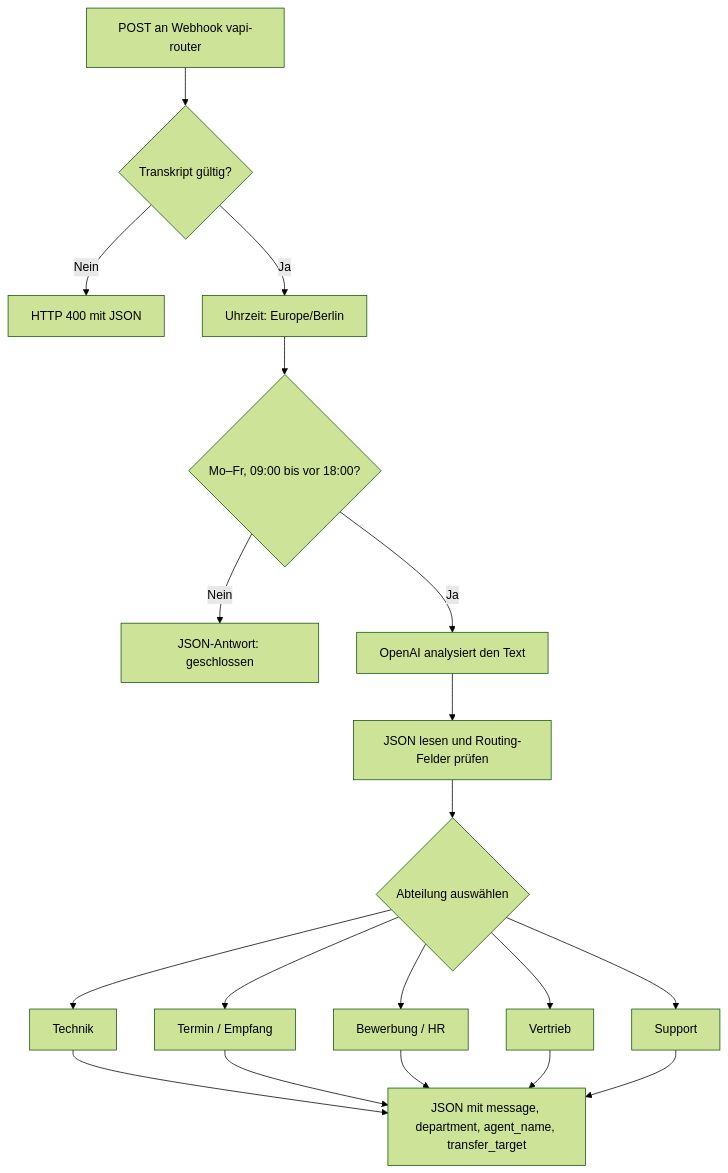
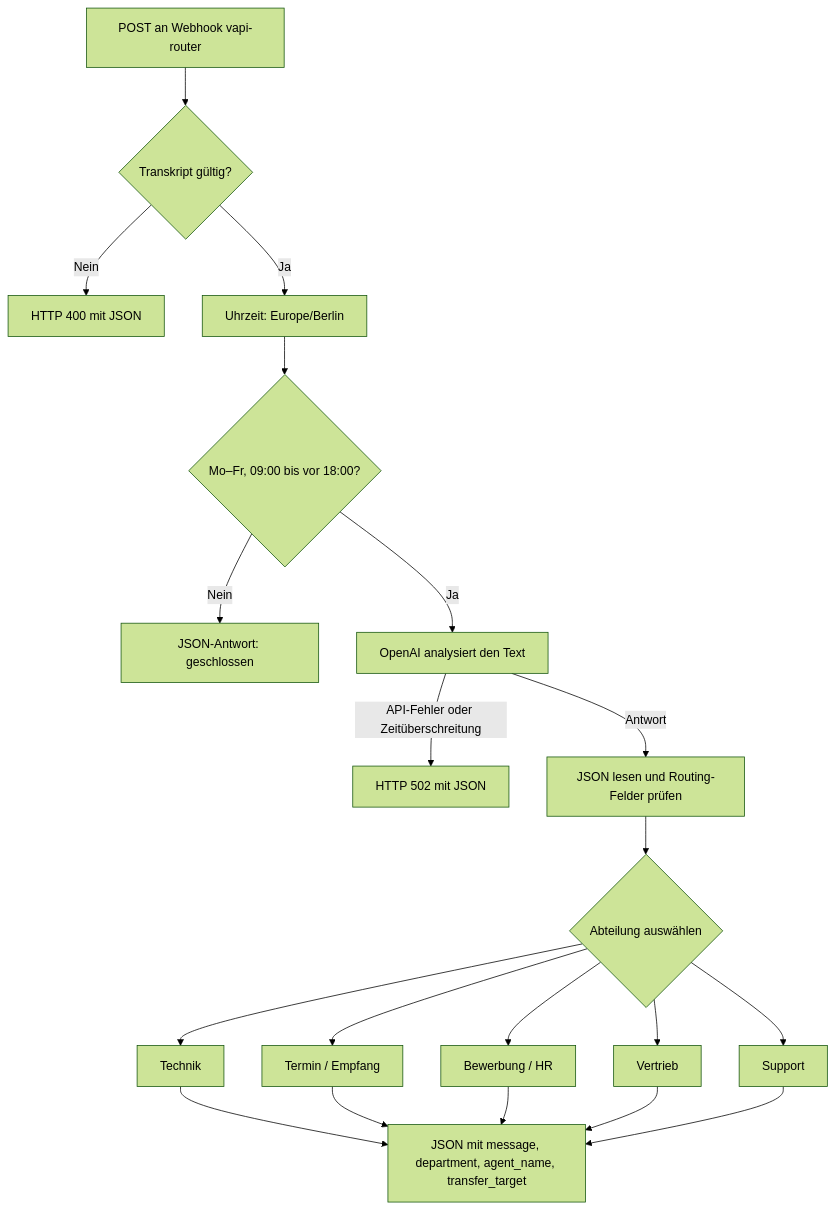
The diagram in README.md (Mc-smail/ai-voice-routing), drawn with Mermaid (forest theme) before and after one commit. The commit also changed other lines of this file and 2 other files, not shown here.

````diff
--- a/README.md
+++ b/README.md
@@ -9,21 +9,22 @@
 ```mermaid
 flowchart TD
     A["POST an Webhook vapi-router"] --> V{"Transkript gültig?"}
     V -->|Nein| X["HTTP 400 mit JSON"]
     V -->|Ja| B["Uhrzeit: Europe/Berlin"]
     B --> C{"Mo–Fr, 09:00 bis vor 18:00?"}
     C -->|Nein| D["JSON-Antwort: geschlossen"]
     C -->|Ja| E["OpenAI analysiert den Text"]
-    E --> F["JSON lesen und Routing-Felder prüfen"]
+    E -->|API-Fehler oder Zeitüberschreitung| U["HTTP 502 mit JSON"]
+    E -->|Antwort| F["JSON lesen und Routing-Felder prüfen"]
     F --> G{"Abteilung auswählen"}
     G --> H["Technik"]
     G --> I["Termin / Empfang"]
     G --> J["Bewerbung / HR"]
     G --> K["Vertrieb"]
     G --> L["Support"]
     H --> M["JSON mit message, department, agent_name, transfer_target"]
     I --> M
     J --> M
     K --> M
     L --> M
 ```
````
